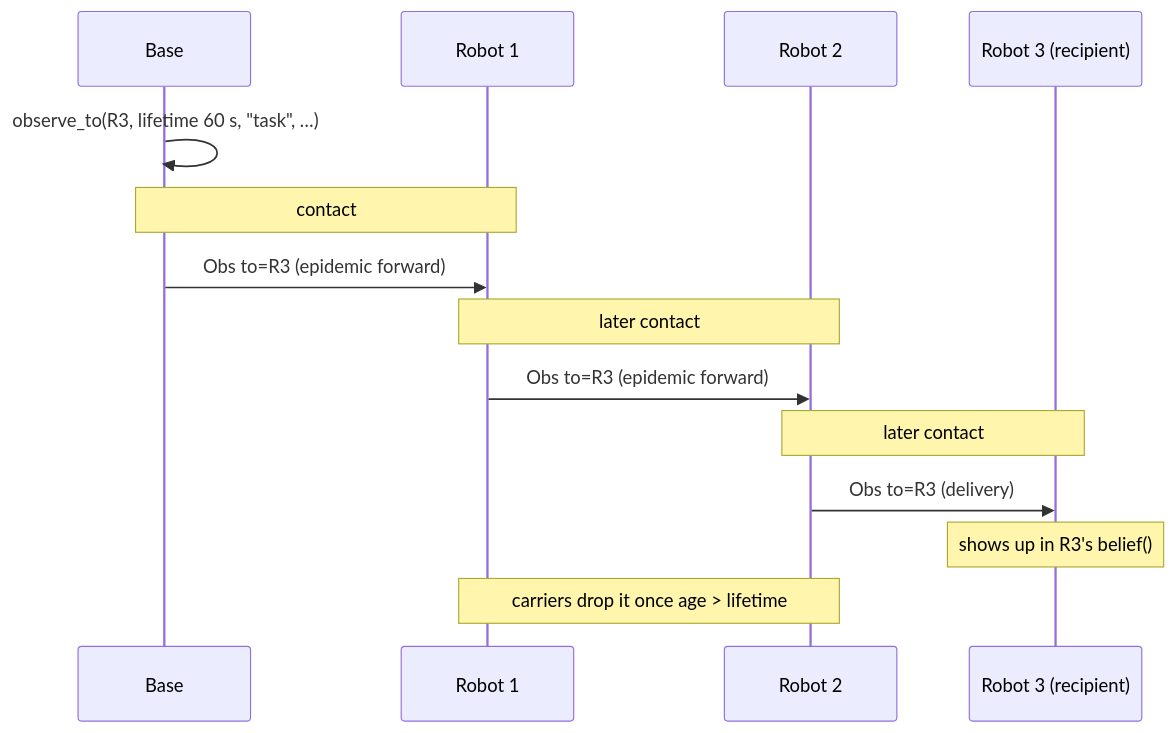
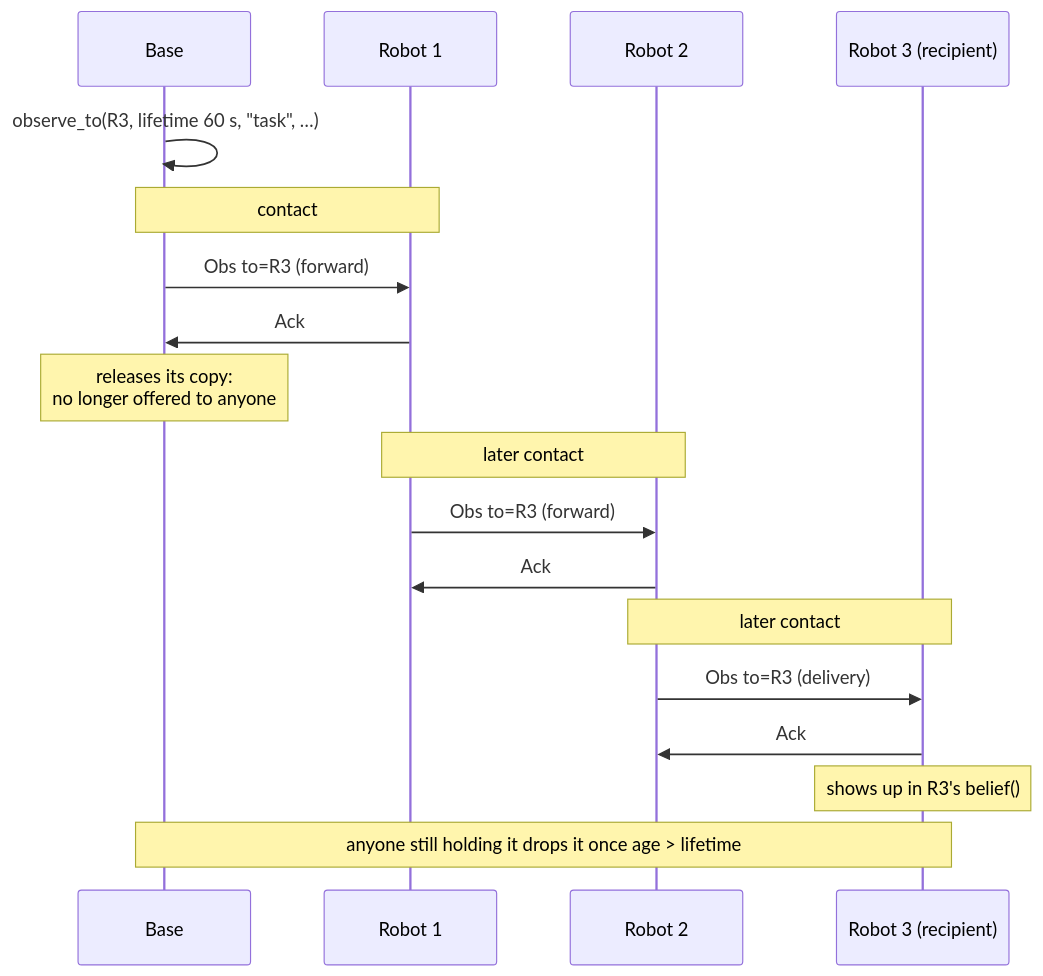
One commit to kisom/tines changed the sixth of 8 diagrams in README.md. Above: the diagram before and after it, drawn with Mermaid. The commit also changed other lines of this file and 7 other files, not shown here.

````diff
--- a/README.md
+++ b/README.md
@@ -224,16 +239,20 @@
 ```mermaid
 sequenceDiagram
     participant Base
     participant R1 as Robot 1
     participant R2 as Robot 2
     participant R3 as Robot 3 (recipient)
     Base->>Base: observe_to(R3, lifetime 60 s, "task", …)
     Note over Base,R1: contact
-    Base->>R1: Obs to=R3 (epidemic forward)
+    Base->>R1: Obs to=R3 (forward)
+    R1->>Base: Ack
+    Note over Base: releases its copy:<br/>no longer offered to anyone
     Note over R1,R2: later contact
-    R1->>R2: Obs to=R3 (epidemic forward)
+    R1->>R2: Obs to=R3 (forward)
+    R2->>R1: Ack
     Note over R2,R3: later contact
     R2->>R3: Obs to=R3 (delivery)
+    R3->>R2: Ack
     Note over R3: shows up in R3's belief()
-    Note over R1,R2: carriers drop it once age > lifetime
+    Note over Base,R3: anyone still holding it drops it once age > lifetime
 ```
````
